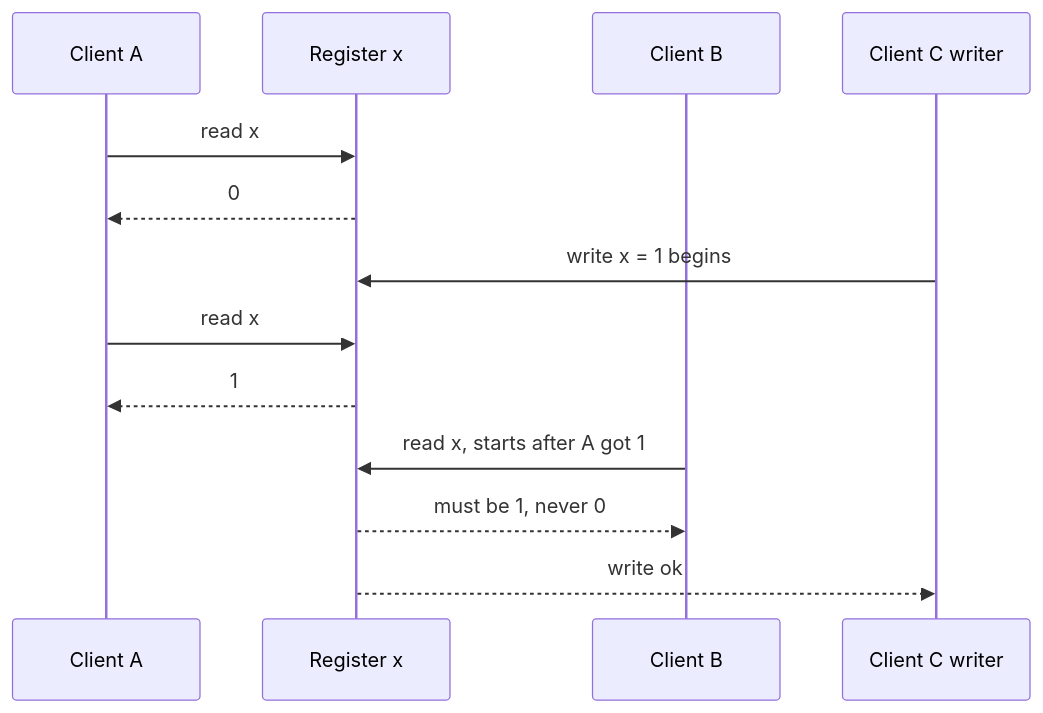
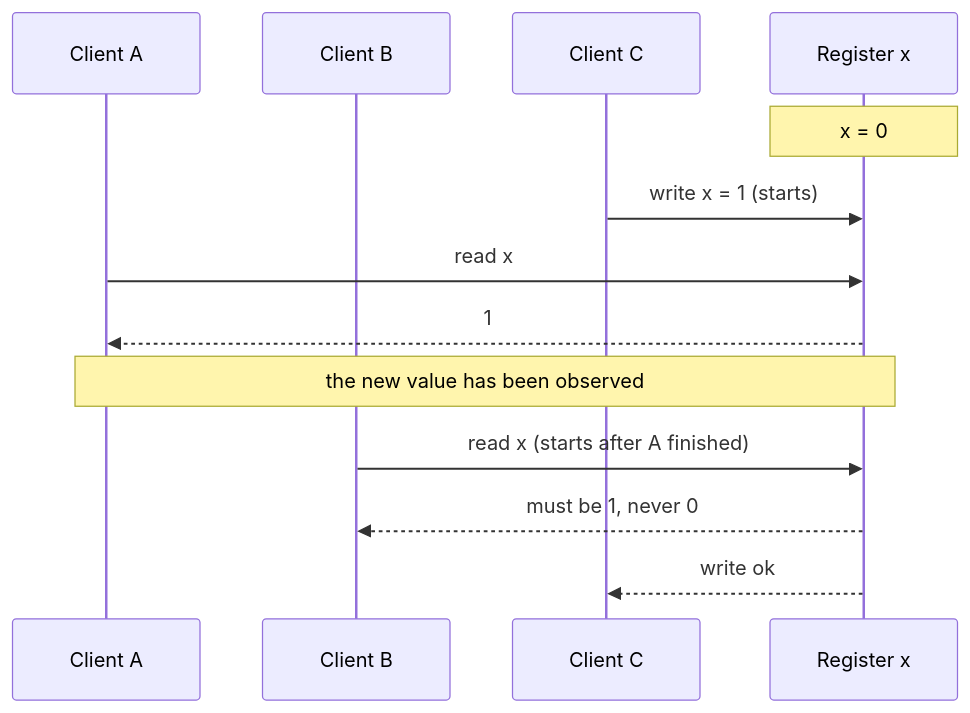
The first of 2 diagrams in docs/data/lessons/databases/21-linearizability.md (alvinnew100/grand-line-study-guide), drawn with Mermaid before and after one commit. The commit also changed other lines of this file and 37 other files, not shown here.

````diff
--- a/docs/data/lessons/databases/21-linearizability.md
+++ b/docs/data/lessons/databases/21-linearizability.md
@@ -31,15 +27,15 @@
 ```mermaid
 sequenceDiagram
   participant A as Client A
-  participant X as Register x
   participant B as Client B
-  participant C as Client C writer
-  A->>X: read x
-  X-->>A: 0
-  C->>X: write x = 1 begins
-  A->>X: read x
-  X-->>A: 1
-  B->>X: read x, starts after A got 1
-  X-->>B: must be 1, never 0
-  X-->>C: write ok
+  participant C as Client C
+  participant R as Register x
+  Note over R: x = 0
+  C->>R: write x = 1 (starts)
+  A->>R: read x
+  R-->>A: 1
+  Note over A,R: the new value has been observed
+  B->>R: read x (starts after A finished)
+  R-->>B: must be 1, never 0
+  R-->>C: write ok
 ```
````
